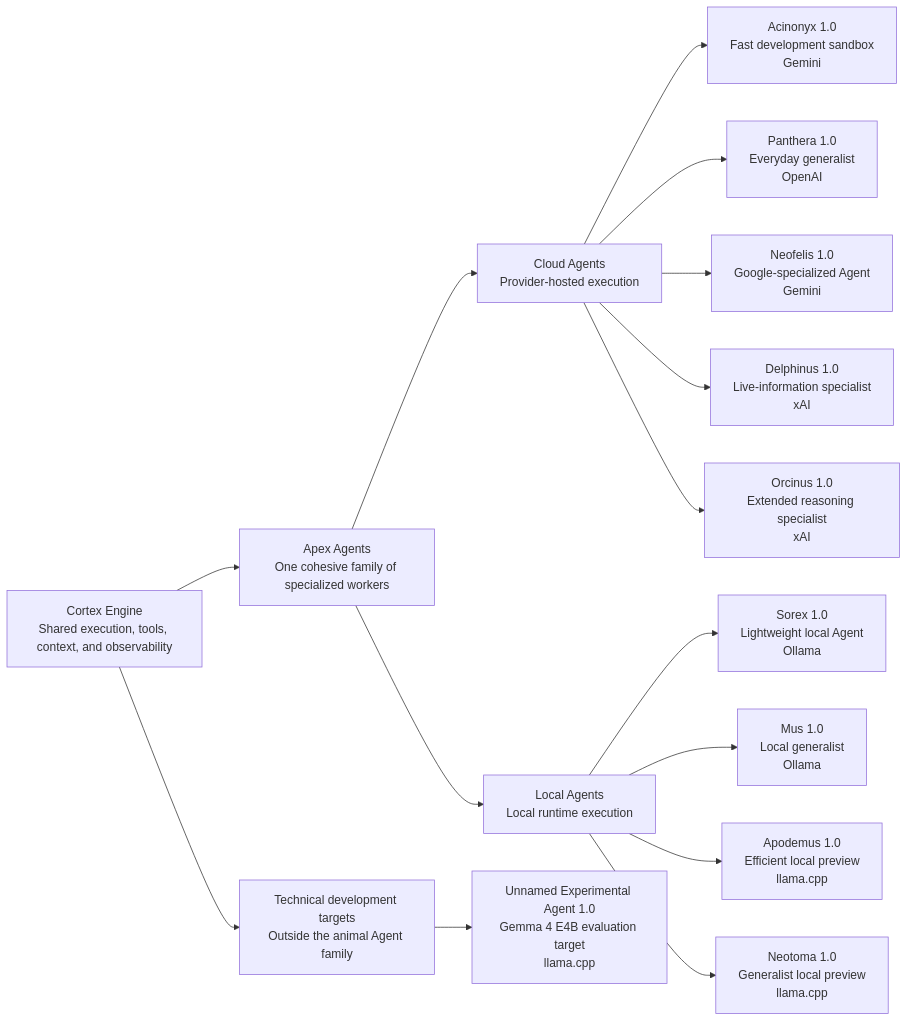
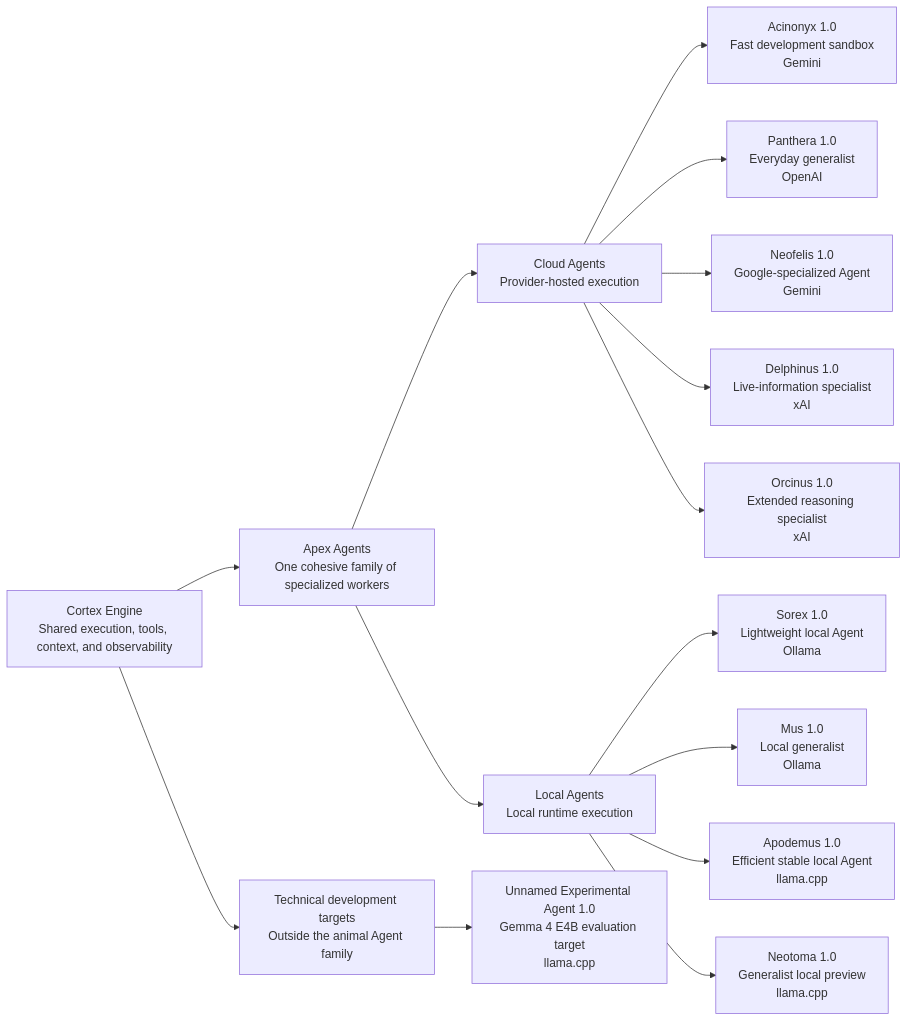
One commit to edumarcano/APEX changed the diagram in docs/identity-and-naming.md. Above: the diagram before and after it, drawn with Mermaid. The commit also changed 36 other files, not shown here.

````diff
--- a/docs/identity-and-naming.md
+++ b/docs/identity-and-naming.md
@@ -134,27 +134,27 @@
 ```mermaid
 flowchart LR
     ENGINE["Cortex Engine<br/>Shared execution, tools, context, and observability"]
     FAMILY["Apex Agents<br/>One cohesive family of specialized workers"]
 
     CLOUD["Cloud Agents<br/>Provider-hosted execution"]
     LOCAL["Local Agents<br/>Local runtime execution"]
 
     ENGINE --> FAMILY
     FAMILY --> CLOUD
     FAMILY --> LOCAL
 
     CLOUD --> ACINONYX["Acinonyx 1.0<br/>Fast development sandbox<br/>Gemini"]
     CLOUD --> PANTHERA["Panthera 1.0<br/>Everyday generalist<br/>OpenAI"]
     CLOUD --> NEOFELIS["Neofelis 1.0<br/>Google-specialized Agent<br/>Gemini"]
     CLOUD --> DELPHINUS["Delphinus 1.0<br/>Live-information specialist<br/>xAI"]
     CLOUD --> ORCINUS["Orcinus 1.0<br/>Extended reasoning specialist<br/>xAI"]
 
     LOCAL --> SOREX["Sorex 1.0<br/>Lightweight local Agent<br/>Ollama"]
     LOCAL --> MUS["Mus 1.0<br/>Local generalist<br/>Ollama"]
-    LOCAL --> APODEMUS["Apodemus 1.0<br/>Efficient local preview<br/>llama.cpp"]
+    LOCAL --> APODEMUS["Apodemus 1.0<br/>Efficient stable local Agent<br/>llama.cpp"]
     LOCAL --> NEOTOMA["Neotoma 1.0<br/>Generalist local preview<br/>llama.cpp"]
 
     DEVELOPMENT["Technical development targets<br/>Outside the animal Agent family"]
     ENGINE --> DEVELOPMENT
     DEVELOPMENT --> EXPERIMENTAL["Unnamed Experimental Agent 1.0<br/>Gemma 4 E4B evaluation target<br/>llama.cpp"]
 ```
````
